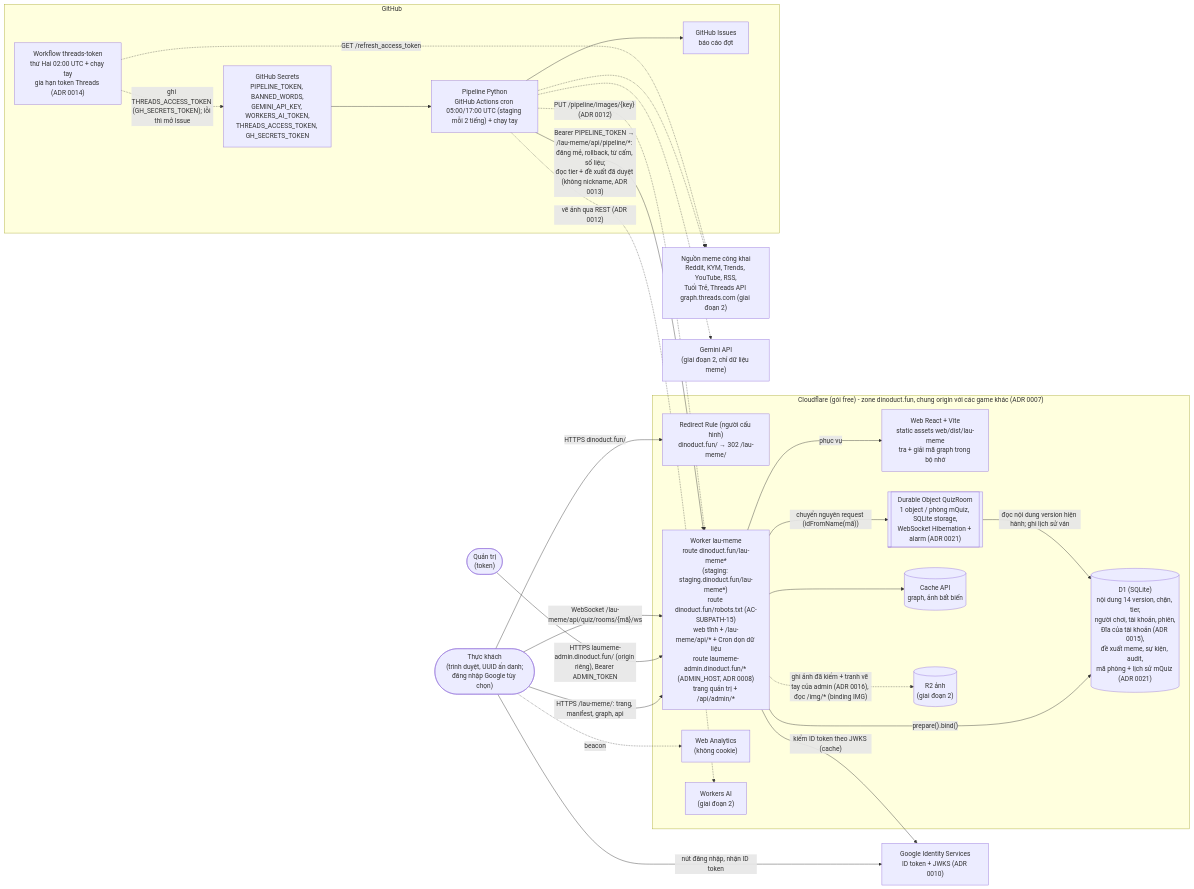
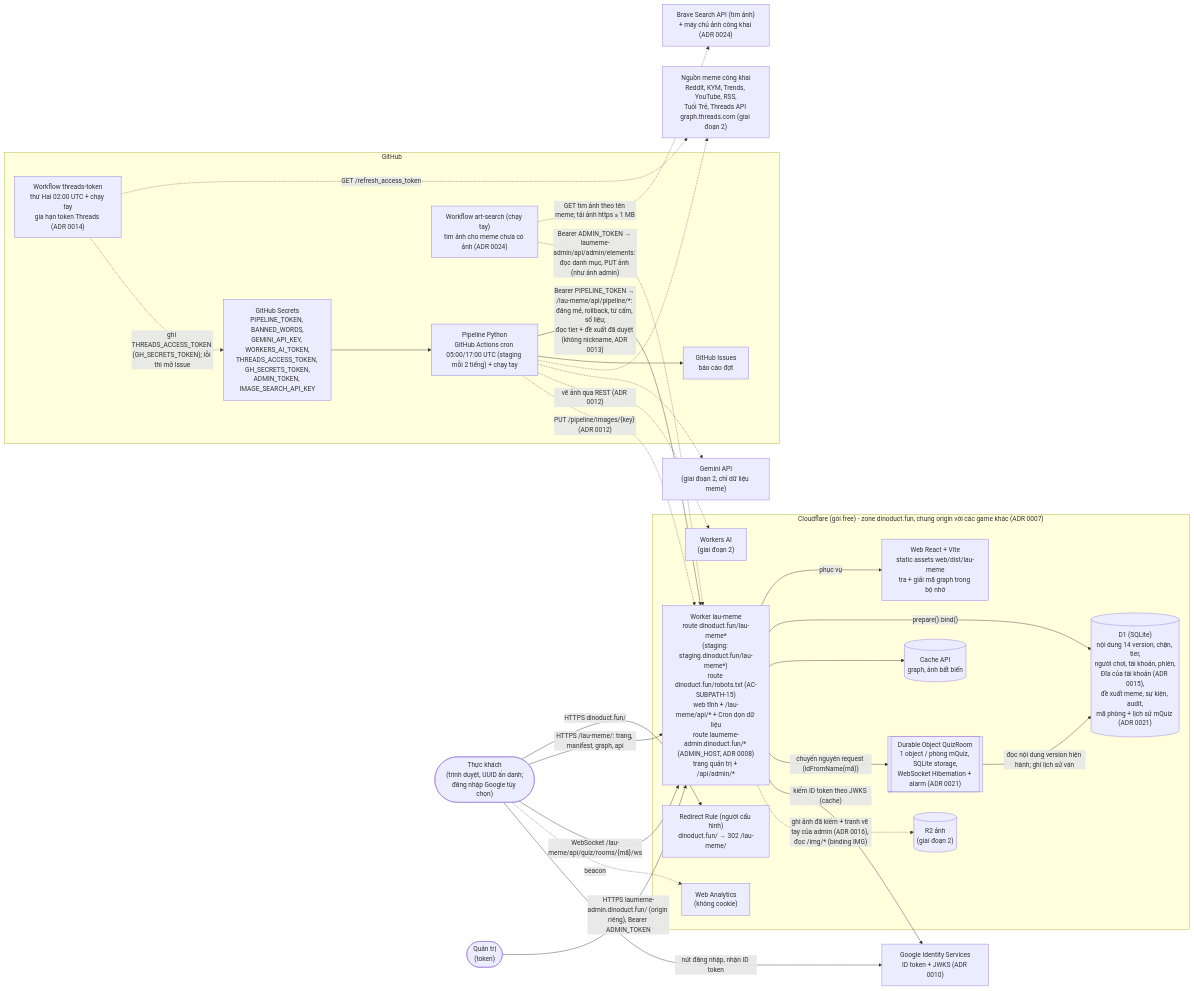
One commit to thucnq/lau-meme changed the diagram in docs/diagrams/system.mmd. Above: the diagram before and after it, drawn with Mermaid.

Commit message:
design: sơ đồ hệ thống thêm workflow art-search, Brave Search API và secret ADMIN_TOKEN/IMAGE_SEARCH_API_KEY (ADR 0024); không đổi schema, contract
Claude-Session: https://claude.ai/code/session_017yKM1h5Tg5Ty7wSYjSJC74

```diff
--- a/docs/diagrams/system.mmd
+++ b/docs/diagrams/system.mmd
@@ -1,50 +1,54 @@
 %% C4 container - Lẩu Meme (giai đoạn 1; nét đứt = giai đoạn 2)
 flowchart LR
   player(["Thực khách<br/>(trình duyệt, UUID ẩn danh;<br/>đăng nhập Google tùy chọn)"])
   admin(["Quản trị<br/>(token)"])
 
   subgraph cf["Cloudflare (gói free) - zone dinoduct.fun, chung origin với các game khác (ADR 0007)"]
     redirect["Redirect Rule (người cấu hình)<br/>dinoduct.fun/ → 302 /lau-meme/"]
     worker["Worker lau-meme<br/>route dinoduct.fun/lau-meme*<br/>(staging: staging.dinoduct.fun/lau-meme*)<br/>route dinoduct.fun/robots.txt (AC-SUBPATH-15)<br/>web tĩnh + /lau-meme/api/* + Cron dọn dữ liệu<br/>route laumeme-admin.dinoduct.fun/* (ADMIN_HOST, ADR 0008)<br/>trang quản trị + /api/admin/*"]
     web["Web React + Vite<br/>static assets web/dist/lau-meme<br/>tra + giải mã graph trong bộ nhớ"]
     d1[("D1 (SQLite)<br/>nội dung 14 version, chặn, tier,<br/>người chơi, tài khoản, phiên,<br/>Đĩa của tài khoản (ADR 0015),<br/>đề xuất meme, sự kiện, audit,<br/>mã phòng + lịch sử mQuiz (ADR 0021)")]
     quizdo[["Durable Object QuizRoom<br/>1 object / phòng mQuiz, SQLite storage,<br/>WebSocket Hibernation + alarm (ADR 0021)"]]
     cache[("Cache API<br/>graph, ảnh bất biến")]
     wa["Web Analytics<br/>(không cookie)"]
     r2[("R2 ảnh<br/>(giai đoạn 2)")]
     wai["Workers AI<br/>(giai đoạn 2)"]
   end
 
   subgraph gh["GitHub"]
     actions["Pipeline Python<br/>GitHub Actions cron 05:00/17:00 UTC (staging mỗi 2 tiếng) + chạy tay"]
     issues["GitHub Issues<br/>báo cáo đợt"]
-    secrets["GitHub Secrets<br/>PIPELINE_TOKEN, BANNED_WORDS,<br/>GEMINI_API_KEY, WORKERS_AI_TOKEN,<br/>THREADS_ACCESS_TOKEN, GH_SECRETS_TOKEN"]
+    secrets["GitHub Secrets<br/>PIPELINE_TOKEN, BANNED_WORDS,<br/>GEMINI_API_KEY, WORKERS_AI_TOKEN,<br/>THREADS_ACCESS_TOKEN, GH_SECRETS_TOKEN,<br/>ADMIN_TOKEN, IMAGE_SEARCH_API_KEY"]
+    searchjob["Workflow art-search (chạy tay)<br/>tìm ảnh cho meme chưa có ảnh (ADR 0024)"]
     tokenjob["Workflow threads-token<br/>thứ Hai 02:00 UTC + chạy tay<br/>gia hạn token Threads (ADR 0014)"]
   end
 
   google["Google Identity Services<br/>ID token + JWKS (ADR 0010)"]
   sources["Nguồn meme công khai<br/>Reddit, KYM, Trends, YouTube, RSS,<br/>Tuổi Trẻ, Threads API graph.threads.com (giai đoạn 2)"]
+  imgsearch["Brave Search API (tìm ảnh)<br/>+ máy chủ ảnh công khai (ADR 0024)"]
   gemini["Gemini API<br/>(giai đoạn 2, chỉ dữ liệu meme)"]
 
   player -- "HTTPS dinoduct.fun/" --> redirect
   player -- "HTTPS /lau-meme/: trang, manifest, graph, api" --> worker
   admin -- "HTTPS laumeme-admin.dinoduct.fun/ (origin riêng), Bearer ADMIN_TOKEN" --> worker
   worker -- "phục vụ" --> web
   worker -- "prepare().bind()" --> d1
   worker --> cache
   player -- "WebSocket /lau-meme/api/quiz/rooms/{mã}/ws" --> worker
   worker -- "chuyển nguyên request (idFromName(mã))" --> quizdo
   quizdo -- "đọc nội dung version hiện hành; ghi lịch sử ván" --> d1
   player -. beacon .-> wa
   player -- "nút đăng nhập, nhận ID token" --> google
   worker -- "kiểm ID token theo JWKS (cache)" --> google
   actions -- "Bearer PIPELINE_TOKEN → /lau-meme/api/pipeline/*: đăng mẻ, rollback, từ cấm, số liệu;<br/>đọc tier + đề xuất đã duyệt (không nickname, ADR 0013)" --> worker
   actions --> issues
   secrets --> actions
   actions -.-> sources
   actions -.-> gemini
   tokenjob -. "GET /refresh_access_token" .-> sources
   tokenjob -. "ghi THREADS_ACCESS_TOKEN (GH_SECRETS_TOKEN); lỗi thì mở Issue" .-> secrets
   actions -. "vẽ ảnh qua REST (ADR 0012)" .-> wai
   actions -. "PUT /pipeline/images/{key} (ADR 0012)" .-> worker
   worker -. "ghi ảnh đã kiểm + tranh vẽ tay của admin (ADR 0016), đọc /img/* (binding IMG)" .-> r2
+  searchjob -. "GET tìm ảnh theo tên meme; tải ảnh https ≤ 1 MB" .-> imgsearch
+  searchjob -. "Bearer ADMIN_TOKEN → laumeme-admin/api/admin/elements: đọc danh mục, PUT ảnh (như ảnh admin)" .-> worker
```
